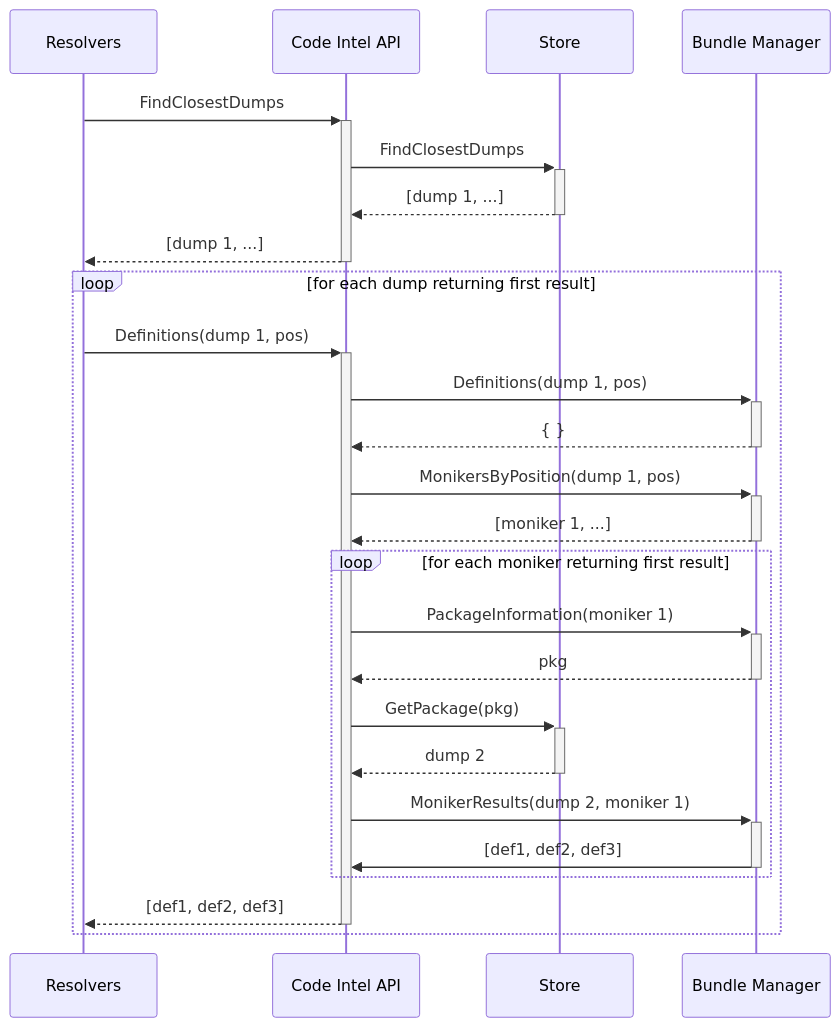
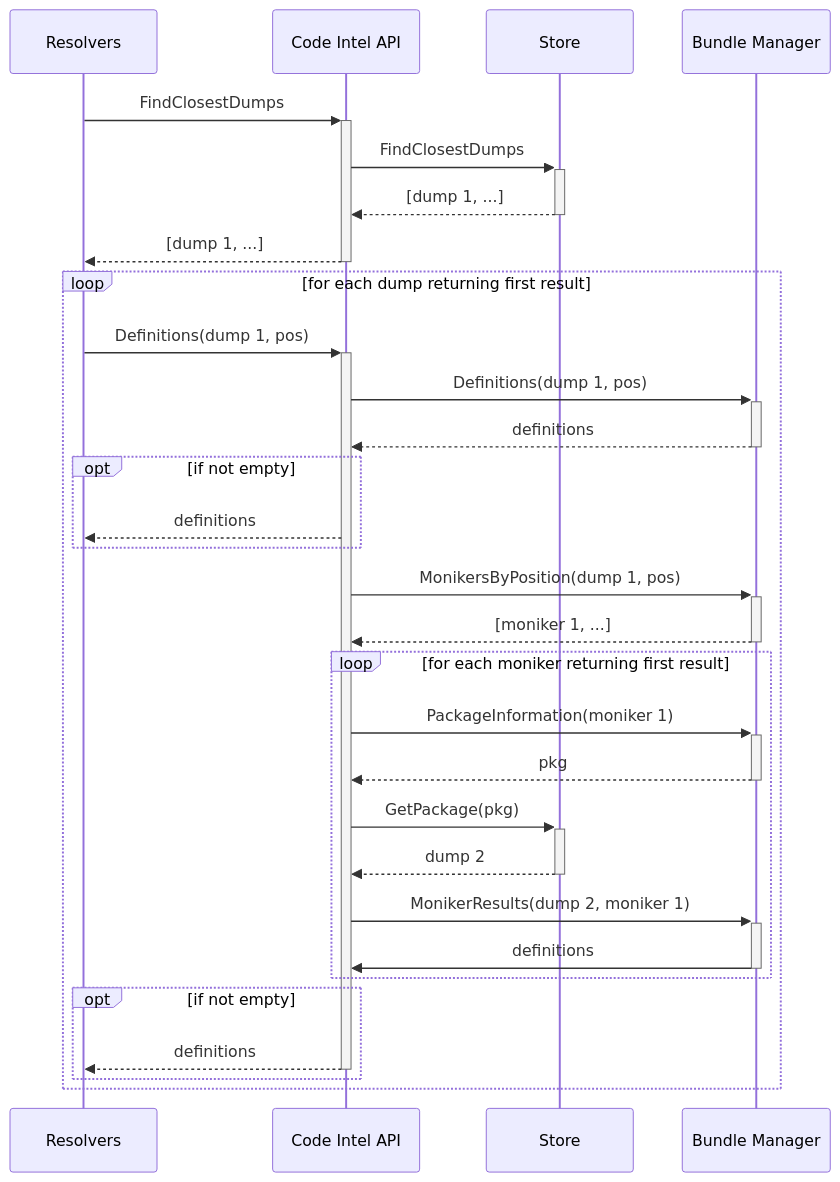
Before and after one commit to Mistobaan/sourcegraph: the diagram in doc/dev/codeintel/definitions.mermaid, drawn with Mermaid. The commit also changed 6 other files, not shown here.

Commit message:
Update first draft of resolver/api sequence diagrams.

```diff
--- a/doc/dev/codeintel/definitions.mermaid
+++ b/doc/dev/codeintel/definitions.mermaid
@@ -1,24 +1,29 @@
 sequenceDiagram
     Resolvers       ->>+ Code Intel API: FindClosestDumps
     Code Intel API  ->>+ Store: FindClosestDumps
     Store          -->>- Code Intel API: [dump 1, ...]
     Code Intel API -->>- Resolvers: [dump 1, ...]
 
     loop for each dump returning first result
         Resolvers       ->>+ Code Intel API: Definitions(dump 1, pos)
         Code Intel API  ->>+ Bundle Manager: Definitions(dump 1, pos)
-        Bundle Manager -->>- Code Intel API: { }
+        Bundle Manager -->>- Code Intel API: definitions
+        opt if not empty
+            Code Intel API -->> Resolvers: definitions
+        end
+
         Code Intel API  ->>+ Bundle Manager: MonikersByPosition(dump 1, pos)
         Bundle Manager -->>- Code Intel API: [moniker 1, ...]
 
         loop for each moniker returning first result
             Code Intel API  ->>+ Bundle Manager: PackageInformation(moniker 1)
             Bundle Manager -->>- Code Intel API: pkg
             Code Intel API  ->>+ Store: GetPackage(pkg)
             Store          -->>- Code Intel API: dump 2
             Code Intel API  ->>+ Bundle Manager: MonikerResults(dump 2, moniker 1)
-            Bundle Manager  ->>- Code Intel API: [def1, def2, def3]
+            Bundle Manager  ->>- Code Intel API: definitions
         end
-
-        Code Intel API -->>- Resolvers: [def1, def2, def3]
+        opt if not empty
+            Code Intel API -->>- Resolvers: definitions
+        end
     end
```
